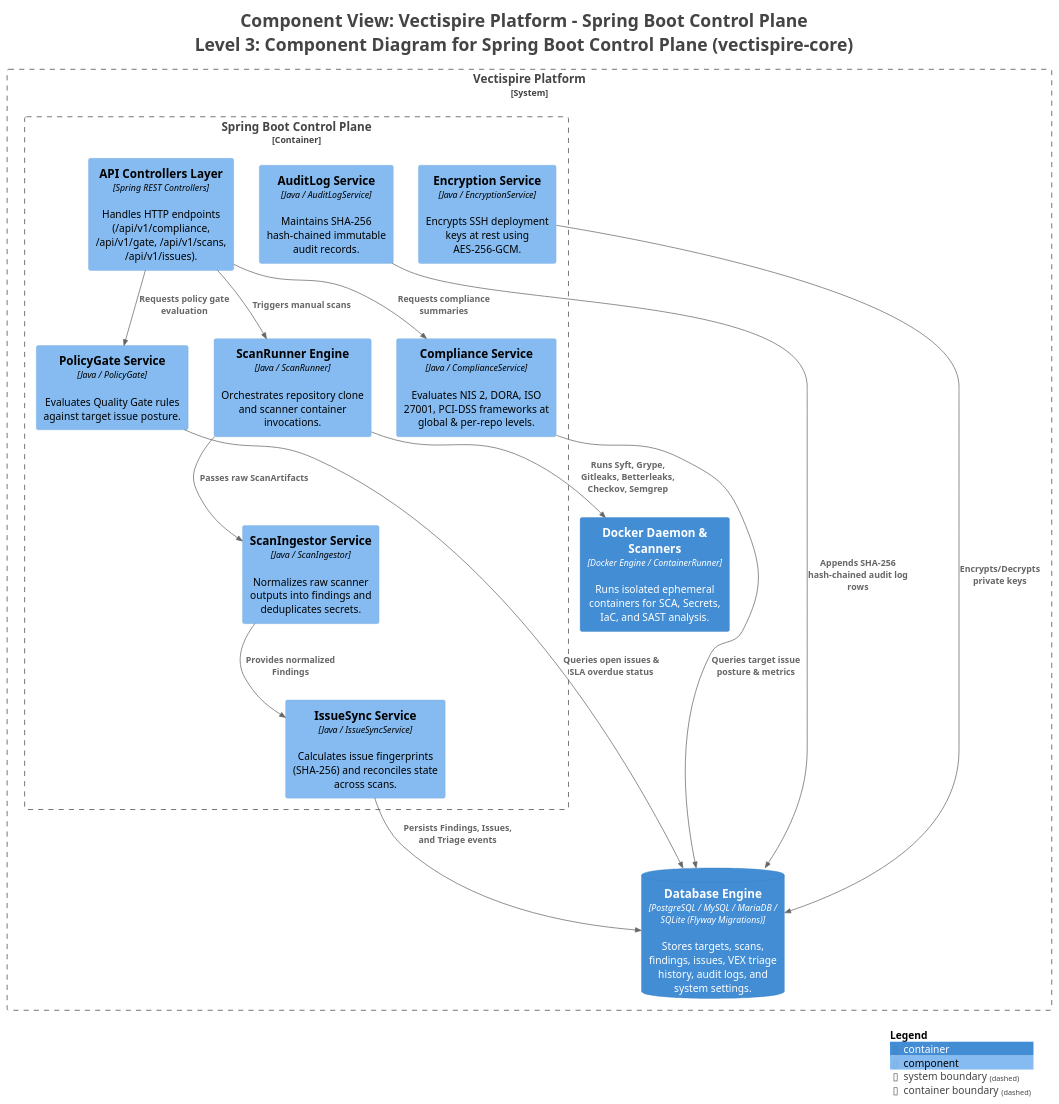
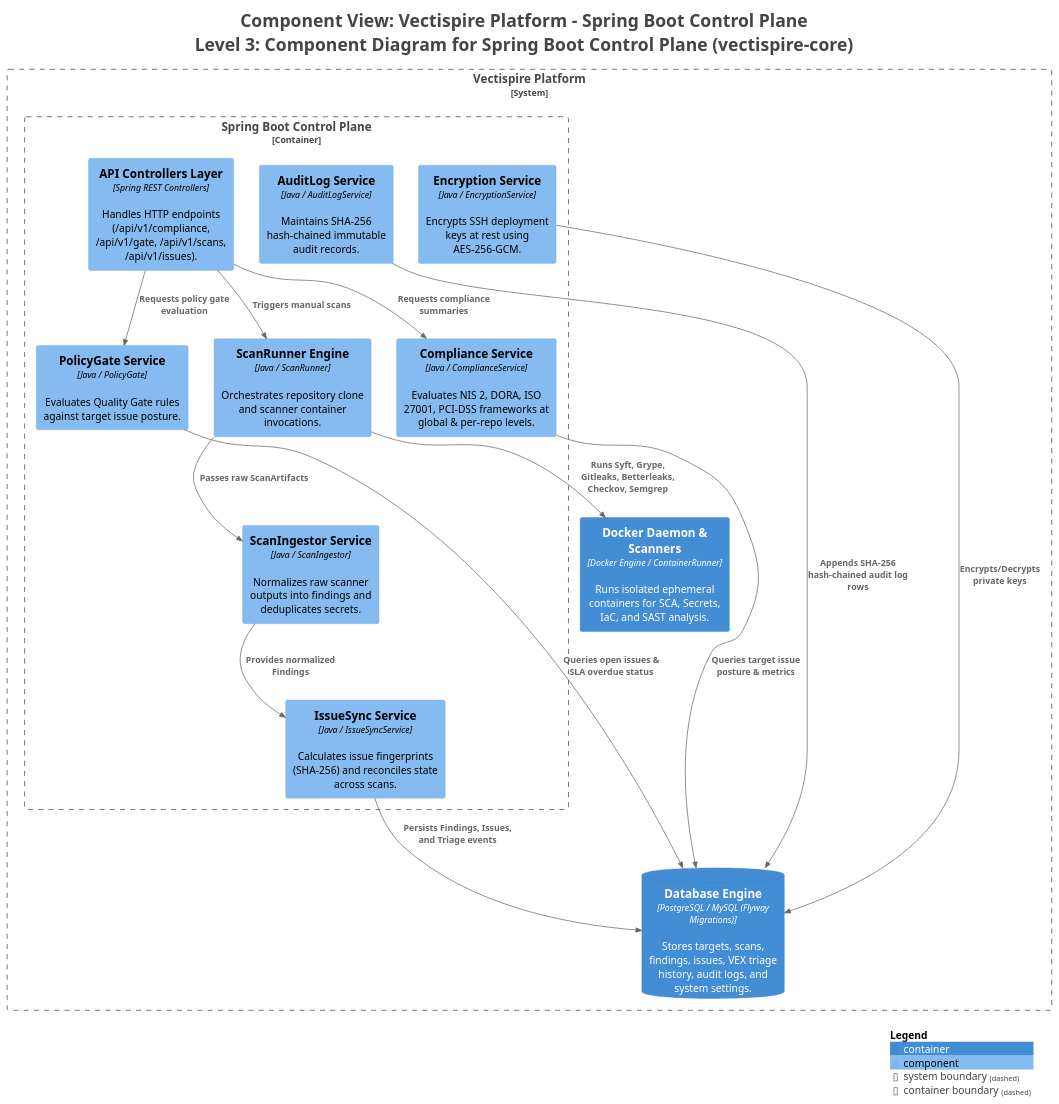
One commit to asmolabs/vectispire changed the diagram in docs/architecture/c4/diagrams/structurizr-Components.puml. Above: the diagram before and after it, drawn with PlantUML. The commit also changed 59 other files, not shown here.

```diff
--- a/docs/architecture/c4/diagrams/structurizr-Components.puml
+++ b/docs/architecture/c4/diagrams/structurizr-Components.puml
@@ -1,49 +1,49 @@
 @startuml
 title <size:24>Component View: Vectispire Platform - Spring Boot Control Plane</size>\n<size:24>Level 3: Component Diagram for Spring Boot Control Plane (vectispire-core)</size>
 
 set separator none
 top to bottom direction
 
 <style>
   root {
     BackgroundColor: #ffffff
     FontColor: #444444
   }
 </style>
 
 !include <C4/C4>
 !include <C4/C4_Context>
 !include <C4/C4_Container>
 !include <C4/C4_Component>
 
 System_Boundary("VectispirePlatform_boundary", "Vectispire Platform", $tags="") {
   Container_Boundary("VectispirePlatform.SpringBootControlPlane_boundary", "Spring Boot Control Plane", $tags="") {
     Component(VectispirePlatform.SpringBootControlPlane.IssueSyncService, "IssueSync Service", $techn="Java / IssueSyncService", $descr="Calculates issue fingerprints (SHA-256) and reconciles state across scans.", $tags="", $link="")
     Component(VectispirePlatform.SpringBootControlPlane.ComplianceService, "Compliance Service", $techn="Java / ComplianceService", $descr="Evaluates NIS 2, DORA, ISO 27001, PCI-DSS frameworks at global & per-repo levels.", $tags="", $link="")
     Component(VectispirePlatform.SpringBootControlPlane.PolicyGateService, "PolicyGate Service", $techn="Java / PolicyGate", $descr="Evaluates Quality Gate rules against target issue posture.", $tags="", $link="")
     Component(VectispirePlatform.SpringBootControlPlane.AuditLogService, "AuditLog Service", $techn="Java / AuditLogService", $descr="Maintains SHA-256 hash-chained immutable audit records.", $tags="", $link="")
     Component(VectispirePlatform.SpringBootControlPlane.EncryptionService, "Encryption Service", $techn="Java / EncryptionService", $descr="Encrypts SSH deployment keys at rest using AES-256-GCM.", $tags="", $link="")
     Component(VectispirePlatform.SpringBootControlPlane.APIControllersLayer, "API Controllers Layer", $techn="Spring REST Controllers", $descr="Handles HTTP endpoints (/api/v1/compliance, /api/v1/gate, /api/v1/scans, /api/v1/issues).", $tags="", $link="")
     Component(VectispirePlatform.SpringBootControlPlane.ScanRunnerEngine, "ScanRunner Engine", $techn="Java / ScanRunner", $descr="Orchestrates repository clone and scanner container invocations.", $tags="", $link="")
     Component(VectispirePlatform.SpringBootControlPlane.ScanIngestorService, "ScanIngestor Service", $techn="Java / ScanIngestor", $descr="Normalizes raw scanner outputs into findings and deduplicates secrets.", $tags="", $link="")
   }
 
-  ContainerDb(VectispirePlatform.DatabaseEngine, "Database Engine", $techn="PostgreSQL / MySQL / MariaDB / SQLite (Flyway Migrations)", $descr="Stores targets, scans, findings, issues, VEX triage history, audit logs, and system settings.", $tags="", $link="")
+  ContainerDb(VectispirePlatform.DatabaseEngine, "Database Engine", $techn="PostgreSQL / MySQL (Flyway Migrations)", $descr="Stores targets, scans, findings, issues, VEX triage history, audit logs, and system settings.", $tags="", $link="")
   Container(VectispirePlatform.DockerDaemonScanners, "Docker Daemon & Scanners", $techn="Docker Engine / ContainerRunner", $descr="Runs isolated ephemeral containers for SCA, Secrets, IaC, and SAST analysis.", $tags="", $link="")
 }
 
 Rel(VectispirePlatform.SpringBootControlPlane.APIControllersLayer, VectispirePlatform.SpringBootControlPlane.ComplianceService, "Requests compliance summaries", $techn="", $tags="", $link="")
 Rel(VectispirePlatform.SpringBootControlPlane.APIControllersLayer, VectispirePlatform.SpringBootControlPlane.PolicyGateService, "Requests policy gate evaluation", $techn="", $tags="", $link="")
 Rel(VectispirePlatform.SpringBootControlPlane.APIControllersLayer, VectispirePlatform.SpringBootControlPlane.ScanRunnerEngine, "Triggers manual scans", $techn="", $tags="", $link="")
 Rel(VectispirePlatform.SpringBootControlPlane.ScanRunnerEngine, VectispirePlatform.DockerDaemonScanners, "Runs Syft, Grype, Gitleaks, Betterleaks, Checkov, Semgrep", $techn="", $tags="", $link="")
 Rel(VectispirePlatform.SpringBootControlPlane.ScanRunnerEngine, VectispirePlatform.SpringBootControlPlane.ScanIngestorService, "Passes raw ScanArtifacts", $techn="", $tags="", $link="")
 Rel(VectispirePlatform.SpringBootControlPlane.ScanIngestorService, VectispirePlatform.SpringBootControlPlane.IssueSyncService, "Provides normalized Findings", $techn="", $tags="", $link="")
 Rel(VectispirePlatform.SpringBootControlPlane.IssueSyncService, VectispirePlatform.DatabaseEngine, "Persists Findings, Issues, and Triage events", $techn="", $tags="", $link="")
 Rel(VectispirePlatform.SpringBootControlPlane.ComplianceService, VectispirePlatform.DatabaseEngine, "Queries target issue posture & metrics", $techn="", $tags="", $link="")
 Rel(VectispirePlatform.SpringBootControlPlane.PolicyGateService, VectispirePlatform.DatabaseEngine, "Queries open issues & SLA overdue status", $techn="", $tags="", $link="")
 Rel(VectispirePlatform.SpringBootControlPlane.AuditLogService, VectispirePlatform.DatabaseEngine, "Appends SHA-256 hash-chained audit log rows", $techn="", $tags="", $link="")
 Rel(VectispirePlatform.SpringBootControlPlane.EncryptionService, VectispirePlatform.DatabaseEngine, "Encrypts/Decrypts private keys", $techn="", $tags="", $link="")
 
 SHOW_LEGEND(true)
 hide stereotypes
 @enduml
```
